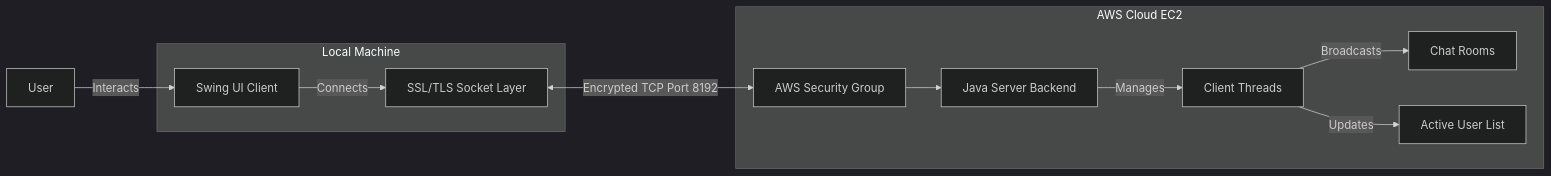
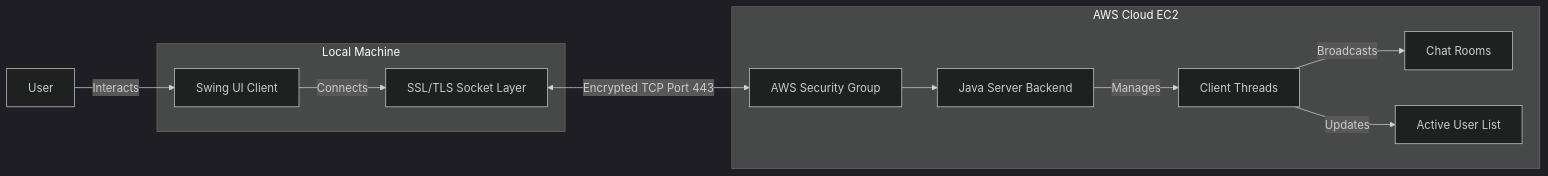
The diagram in README.md (am-saksham/NetworkChat), drawn with Mermaid (dark theme) before and after one commit. The commit also changed other lines of this file and 3 other files, not shown here.

````diff
--- a/README.md
+++ b/README.md
@@ -85,16 +85,16 @@
 ```mermaid
 flowchart LR
     User[User] -->|Interacts| UI[Swing UI Client]
     subgraph Local Machine
         UI -->|Connects| SSL[SSL/TLS Socket Layer]
     end
     
-    SSL <-->|Encrypted TCP Port 8192| FW[AWS Security Group]
+    SSL <-->|Encrypted TCP Port 443| FW[AWS Security Group]
     
     subgraph AWS Cloud EC2
         FW --> Server[Java Server Backend]
         Server -->|Manages| ClientHandler[Client Threads]
         ClientHandler -->|Broadcasts| Rooms[Chat Rooms]
         ClientHandler -->|Updates| Users[Active User List]
     end
 ```
````
